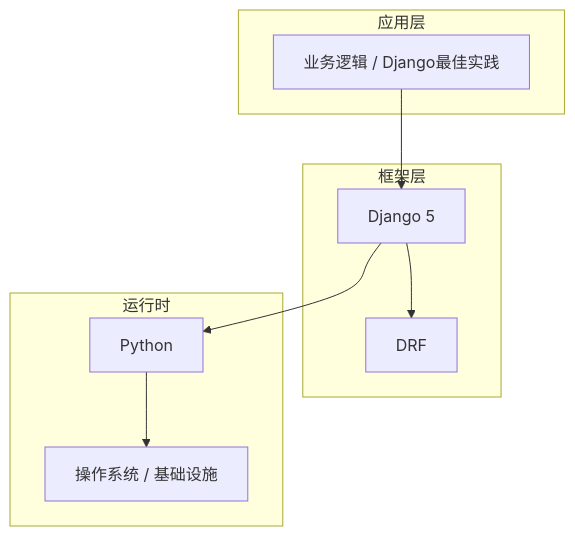
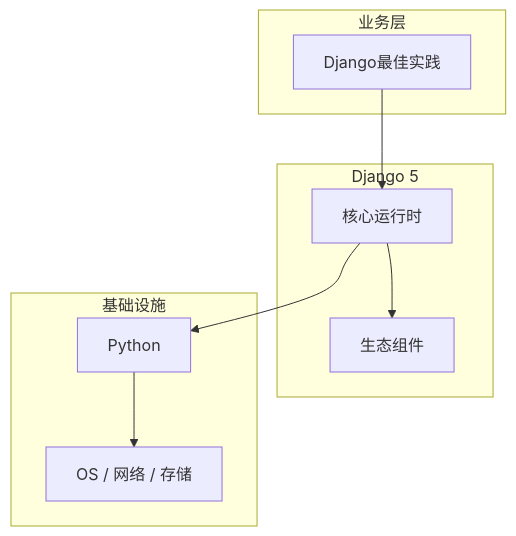
Before and after one commit to yanggan2015/knowledge-json-v2: the diagram in articles/Django/chapters/076-Django最佳实践核心概念与原理.md, drawn with Mermaid. The commit also changed other lines of this file and 10127 other files, not shown here.

````diff
--- a/articles/Django/chapters/076-Django最佳实践核心概念与原理.md
+++ b/articles/Django/chapters/076-Django最佳实践核心概念与原理.md
@@ -45,18 +34,18 @@
 ```mermaid
 graph TB
-    subgraph 应用层
-        A[业务逻辑 / Django最佳实践]
+    subgraph 业务层
+        A[Django最佳实践]
     end
-    subgraph 框架层
-        B[Django 5]
-        C[DRF]
+    subgraph Django 5
+        B[核心运行时]
+        C[生态组件]
     end
-    subgraph 运行时
+    subgraph 基础设施
         D[Python]
-        E[操作系统 / 基础设施]
+        E[OS / 网络 / 存储]
     end
     A --> B
     B --> C
     B --> D
     D --> E
 ```
````
